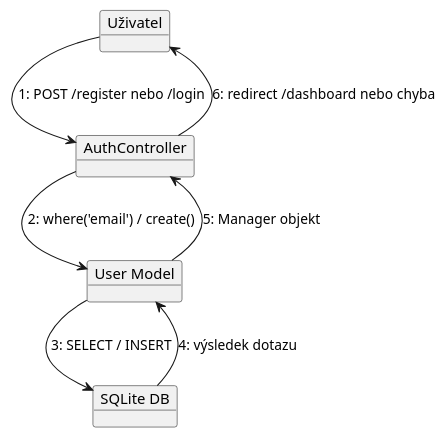
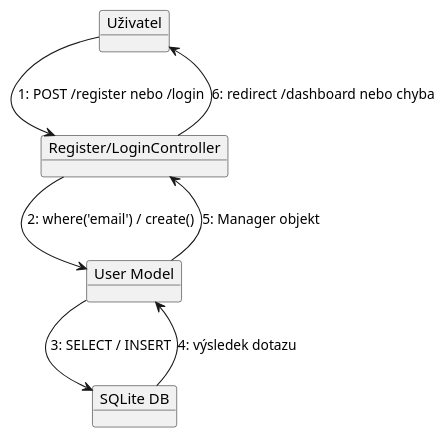
The diagram in xhlase01/diagrams/CD-01-Auth.puml (judista25/MPR), drawn with PlantUML before and after one commit. The commit also changed 5 other files, not shown here.

Commit message:
Update diagrams and documentation for user management features

```diff
--- a/xhlase01/diagrams/CD-01-Auth.puml
+++ b/xhlase01/diagrams/CD-01-Auth.puml
@@ -1,16 +1,16 @@
 @startuml CD-01-Auth
 skinparam roundcorner 5
 
 object "Uživatel" as User
-object "AuthController" as Auth
+object "Register/LoginController" as Auth
 object "User Model" as Model
 object "SQLite DB" as DB
 
 User --> Auth : 1: POST /register nebo /login
 Auth --> Model : 2: where('email') / create()
 Model --> DB : 3: SELECT / INSERT
 DB --> Model : 4: výsledek dotazu
 Model --> Auth : 5: Manager objekt
 Auth --> User : 6: redirect /dashboard nebo chyba
 
 @enduml
```
